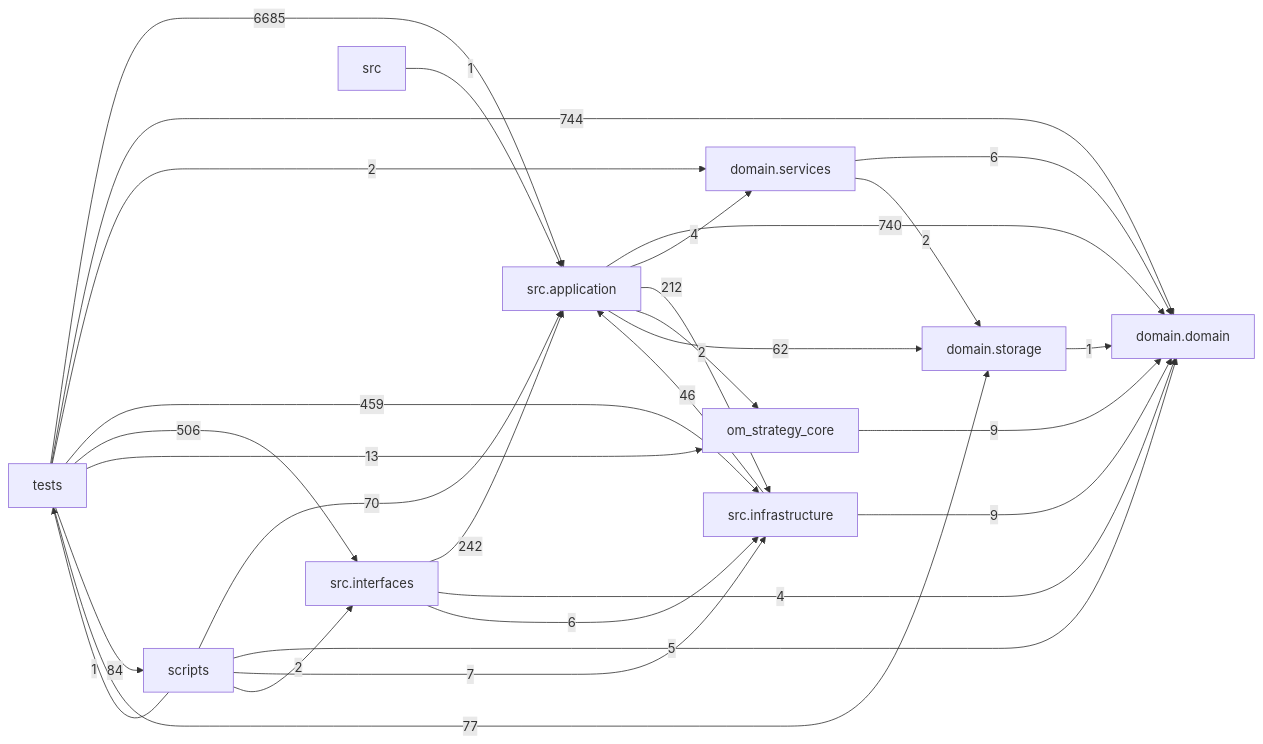
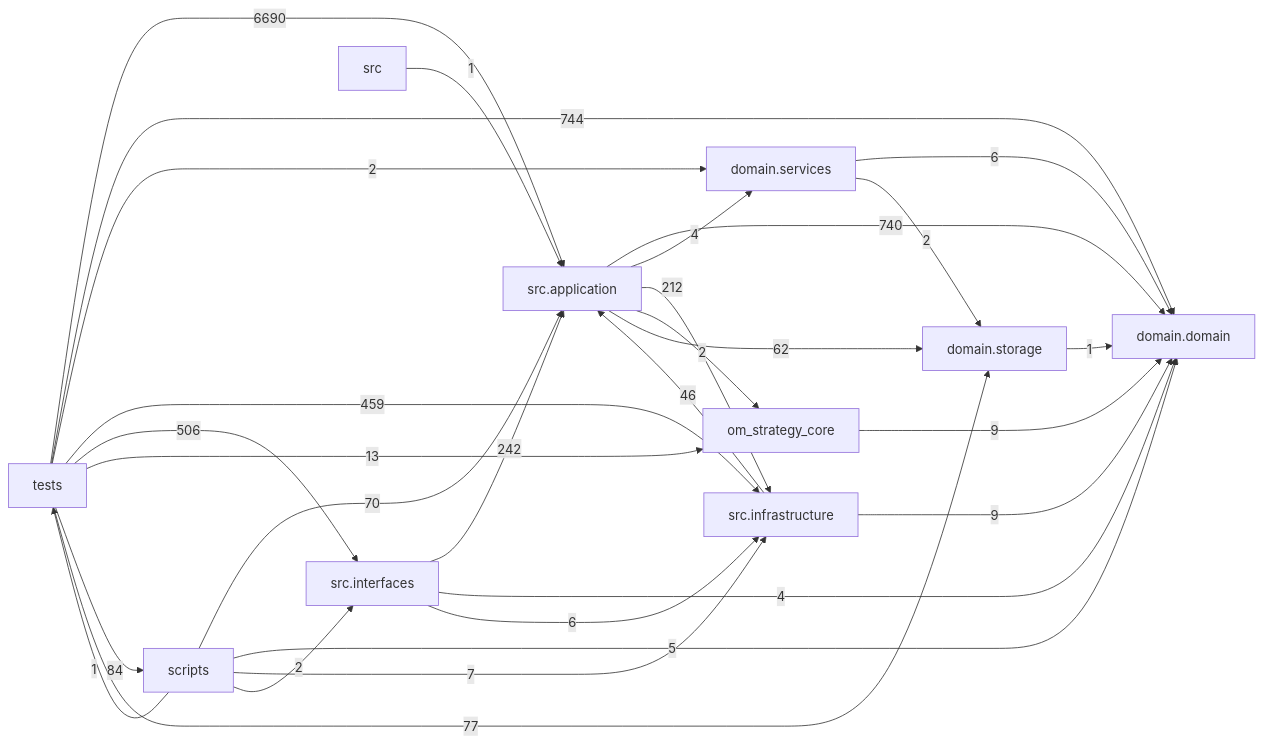
One commit to liuxie066/options-monitor changed the diagram in docs/DEPENDENCY_GRAPH.md. Above: the diagram before and after it, drawn with Mermaid. The commit also changed other lines of this file and 2 other files, not shown here.

````diff
--- a/docs/DEPENDENCY_GRAPH.md
+++ b/docs/DEPENDENCY_GRAPH.md
@@ -24,39 +24,39 @@
 ```mermaid
 flowchart LR
   tests["tests"]
   scripts["scripts"]
   interfaces["src.interfaces"]
   application["src.application"]
   infrastructure["src.infrastructure"]
   domain_services["domain.services"]
   domain["domain.domain"]
   storage["domain.storage"]
   application -->|740| domain
   application -->|4| domain_services
   application -->|212| infrastructure
   application -->|2| om_strategy_core
   application -->|62| storage
   domain_services -->|6| domain
   domain_services -->|2| storage
   infrastructure -->|46| application
   infrastructure -->|9| domain
   interfaces -->|242| application
   interfaces -->|4| domain
   interfaces -->|6| infrastructure
   om_strategy_core -->|9| domain
   scripts -->|70| application
   scripts -->|5| domain
   scripts -->|7| infrastructure
   scripts -->|2| interfaces
   scripts -->|1| tests
   src -->|1| application
   storage -->|1| domain
-  tests -->|6685| application
+  tests -->|6690| application
   tests -->|744| domain
   tests -->|2| domain_services
   tests -->|459| infrastructure
   tests -->|506| interfaces
   tests -->|13| om_strategy_core
   tests -->|84| scripts
   tests -->|77| storage
 ```
````
